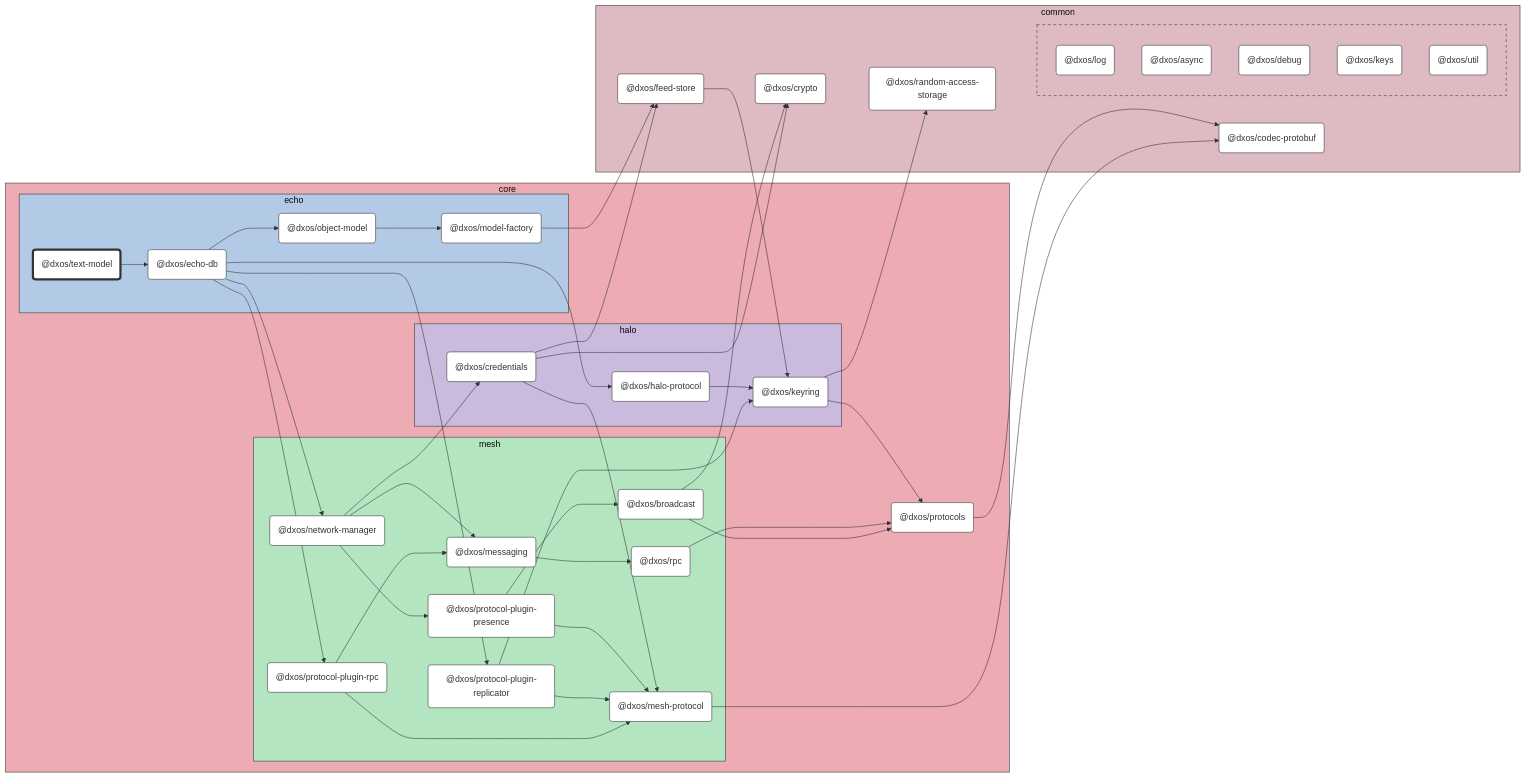
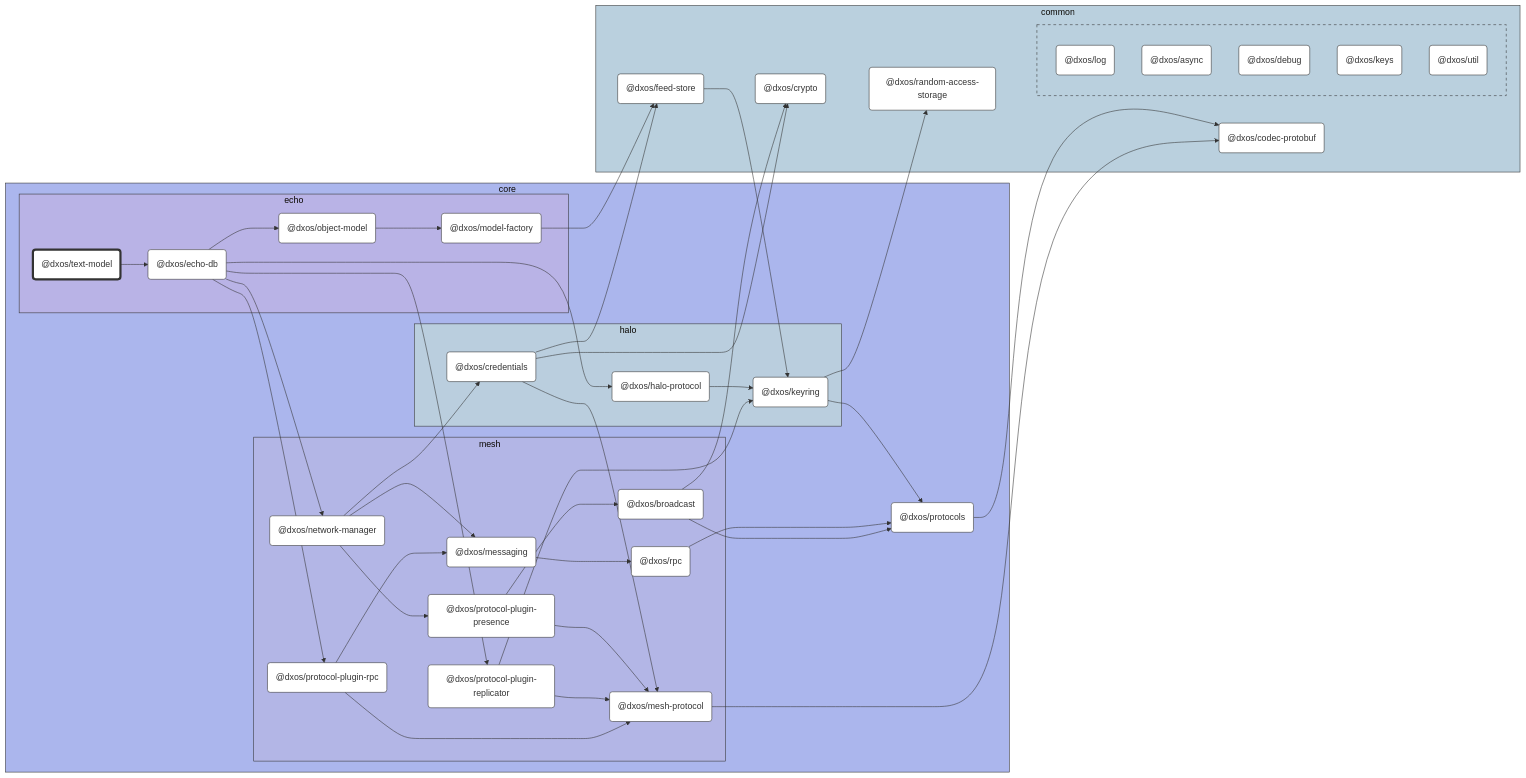
Before and after one commit to dxos/dxos: the diagram in packages/core/echo/text-model/docs/README.md, drawn with Mermaid (base theme). The commit also changed 86 other files, not shown here.

```diff
--- a/packages/core/echo/text-model/docs/README.md
+++ b/packages/core/echo/text-model/docs/README.md
@@ -16,12 +16,12 @@
 %% Nodes
 
 subgraph core [core]
-  style core fill:#edabb3,stroke:#333
+  style core fill:#abb6ed,stroke:#333
   dxos/protocols("@dxos/protocols"):::def
   click dxos/protocols "dxos/dxos/tree/main/packages/core/protocols/docs"
 
   subgraph echo [echo]
-    style echo fill:#b3cae6,stroke:#333
+    style echo fill:#b9b3e6,stroke:#333
     dxos/text-model("@dxos/text-model"):::root
     click dxos/text-model "dxos/dxos/tree/main/packages/core/echo/text-model/docs"
     dxos/echo-db("@dxos/echo-db"):::def
@@ -33,7 +33,7 @@
   end
 
   subgraph halo [halo]
-    style halo fill:#cabade,stroke:#333
+    style halo fill:#bacede,stroke:#333
     dxos/credentials("@dxos/credentials"):::def
     click dxos/credentials "dxos/dxos/tree/main/packages/core/halo/credentials/docs"
     dxos/keyring("@dxos/keyring"):::def
@@ -43,7 +43,7 @@
   end
 
   subgraph mesh [mesh]
-    style mesh fill:#b3e6c0,stroke:#333
+    style mesh fill:#b3b6e6,stroke:#333
     dxos/mesh-protocol("@dxos/mesh-protocol"):::def
     click dxos/mesh-protocol "dxos/dxos/tree/main/packages/core/mesh/mesh-protocol/docs"
     dxos/messaging("@dxos/messaging"):::def
@@ -64,7 +64,7 @@
 end
 
 subgraph common [common]
-  style common fill:#debac2,stroke:#333
+  style common fill:#bad0de,stroke:#333
   dxos/codec-protobuf("@dxos/codec-protobuf"):::def
   click dxos/codec-protobuf "dxos/dxos/tree/main/packages/common/codec-protobuf/docs"
   dxos/crypto("@dxos/crypto"):::def
@@ -75,7 +75,7 @@
   click dxos/random-access-storage "dxos/dxos/tree/main/packages/common/random-access-storage/docs"
 
   subgraph _ [ ]
-    style _ fill:#debac2,stroke:#333,stroke-dasharray:5 5
+    style _ fill:#bad0de,stroke:#333,stroke-dasharray:5 5
     dxos/log("@dxos/log"):::def
     click dxos/log "dxos/dxos/tree/main/packages/common/log/docs"
     dxos/async("@dxos/async"):::def
```
